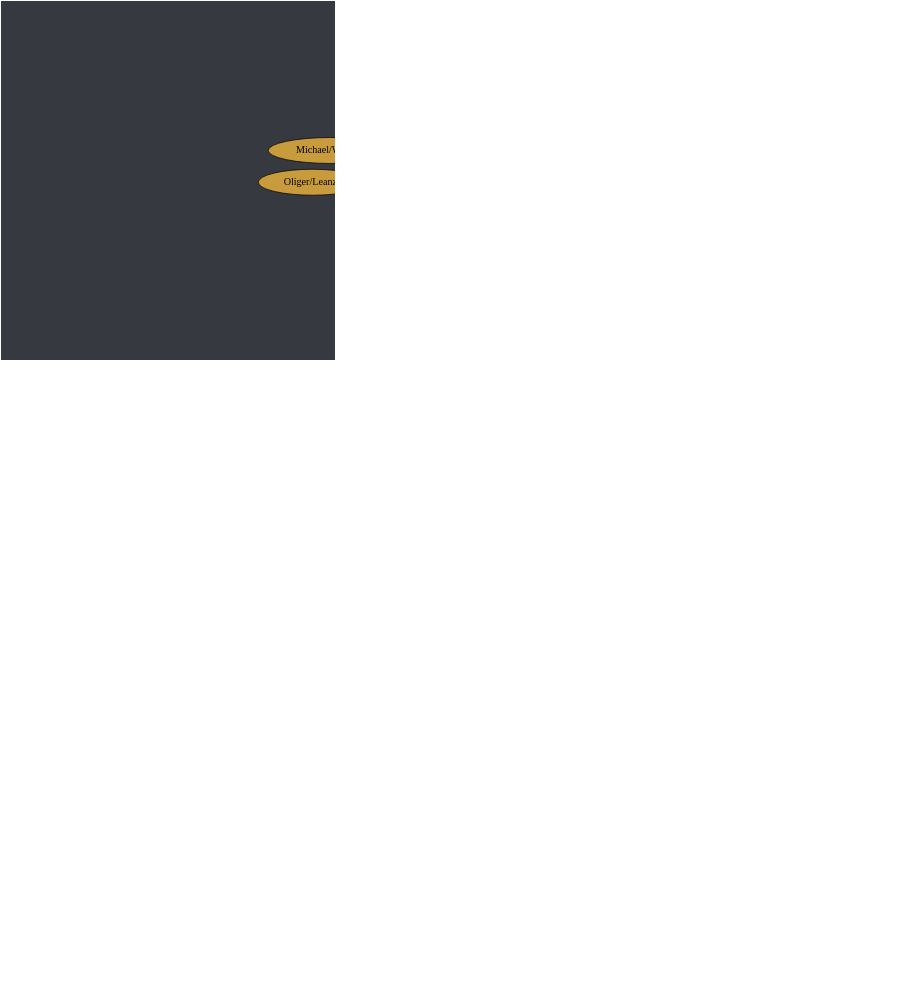
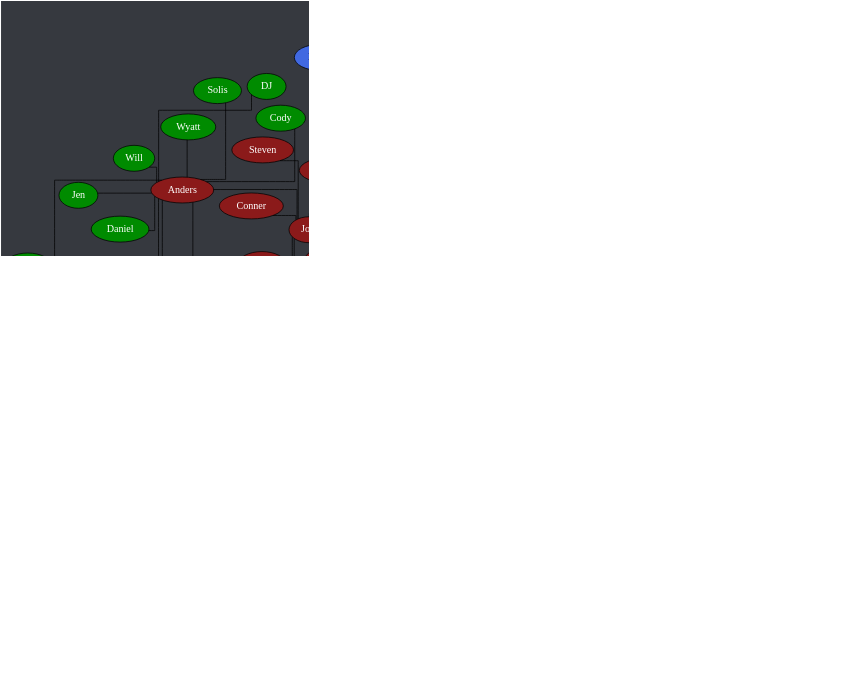
One commit to Documidas/CoronaCatzFamilyTree changed the diagram in tree.dot. Above: the diagram before and after it, drawn with Graphviz. The commit also changed 1 other file, not shown here.

Commit message:
Move Jonathan

```diff
--- a/tree.dot
+++ b/tree.dot
@@ -1,156 +1,156 @@
 strict graph {
 	// Layout Configuration
 	layout = neato;
 	dpi = 200;
 	epsilon = 0.01;
 	mode = major;
 	model = subset;
 	overlap = false;
 	splines = ortho;
 	start = rand;
 
 	// Visual Configuration
 	graph [ truecolor=true bgcolor="#36393f" ];
 	node [ style=filled fillcolor="gray" fontcolor="black" ];
 
 	subgraph "Joel" {
 		node [ style=filled fillcolor="firebrick4" fontcolor="white" ];
 		// Joel [ style=filled fillcolor="gold" fontcolor="black" ];
 
+		Cayla -- Jonathan;
 		Cayla -- Kate;
 		Cayla -- Ranger;
 		Joel -- Anders;
 		Joel -- Cayla;
 		Joel -- Conner;
 		Joel -- Jared;
 		Joel -- Kat;
 		Joel -- Patrick;
 		Joel -- Steven;
 		Joel -- Zach;
 	}
 
 	subgraph "Anders" {
 		node [ style=filled fillcolor="green4" fontcolor="white" ];
 		// Anders [ style=filled fillcolor="green4" fontcolor="white" ];
 
 		Anders -- Chiara;
 		Anders -- Cody;
 		Anders -- Daniel;
 		Anders -- "Derek/Yaupon";
 		Anders -- DJ;
 		Anders -- Hahnur;
 		Anders -- Jen;
-		Anders -- Jonathan;
 		Anders -- Matt;
 		Anders -- Solis;
 		Anders -- Will;
 		Anders -- Wyatt;
 	}
 
 	subgraph "Jared" {
 		node [ style=filled fillcolor="royalblue" fontcolor="black" ];
 		// Jared [ style=filled fillcolor="royalblue" fontcolor="black" ];
 
 		Andrew -- Hannah;
 		Dave -- Everett;
 		Donnie -- Bryan;
 		Donnie -- Michael;
 		Greg -- Ali;
 		Greg -- Andrew;
 		Hannah -- Logan;
 		Isaiah -- "Jack.2";
 		Jared -- Brandi;
 		Jared -- Dave;
 		Jared -- Donnie;
 		Jared -- Fabi;
 		Jared -- Greg;
 		Jared -- Isabelle;
 		Jared -- Mason;
 		Jared -- Nam;
 		Jared -- Rin;
 		Jared -- Spencer;
 		Jared -- Tyler;
 		Jared -- "Zach/Laniakea";
 		Jared -- "Zöe";
 		Logan -- Raana;
 		Michael -- Troy;
 		Rin -- Isaiah;
 		Tyler -- America;
 		Tyler -- Gaby;
 		Troy -- Drake;
 		Troy -- Klein;
 	}
 
 	subgraph "Zach/Laniakea" {
 		node [ style=filled fillcolor="#4eff2c" fontcolor="black" ];
 		// "Zach/Laniakea" [ style=filled fillcolor="#4eff2c" fontcolor="black" ];
 
 		"Caio.2" -- "Kyle.1";
 		"Caio.2" -- Lucas;
 		"Zach/Laniakea" -- Allen;
 		"Zach/Laniakea" -- "Caio.2";
 		"Zach/Laniakea" -- Colin;
 		"Zach/Laniakea" -- John;
 		"Zach/Laniakea" -- "Kyle.0";
 		"Zach/Laniakea" -- Mike;
 		"Zach/Laniakea" -- Ryan;
 	}
 
 	subgraph "John" {
 		node [ style=filled fillcolor="#c89b3c" fontcolor="black" ];
 		// John [ style=filled fillcolor="#c89b3c" fontcolor="black" ];
 
 		Haber -- "Derek/Nomad";
 		John -- Anna;
 		John -- Emily;
 		John -- Haber;
 		John -- Jay;
 		John -- Jack;
 		John -- Lara;
 		John -- Monarch;
 		John -- "Oliger/Leanza";
 		John -- Thomas;
 	}
 
 	subgraph "John-stream" {
 		// node [ style=filled fillcolor="#9147ff" fontcolor="black" ];
 		node [ style=filled fillcolor="#c89b3c" fontcolor="black" ];
 
 		John -- Izzy;
 		John -- "Michael/Wheezy";
 		John -- Robby;
 	}
 
 	subgraph "Thomas" {
 		node [ style=filled fillcolor="#b04900" fontcolor="black" ];
 		// Thomas [ style=filled fillcolor="#b04900" fontcolor="black" ];
 
 		Thomas -- Alex;
 		Thomas -- JD;
 		Thomas -- Josh;
 		Thomas -- Juan;
 		Thomas -- Taylor;
 		Thomas -- Tony;
 		Thomas -- Travis;
 	}
 
 	subgraph "Alex" {
 		node [ style=filled fillcolor="#6f2da8" fontcolor="white" ];
 		// Alex [ style=filled fillcolor="#6f2da8" fontcolor="black" ];
 
 		Alex -- "Alex/Blitt";
 		Alex -- "Da'Von";
 		Alex -- Sam;
 		"Alex/Blitt" -- Alan;
 		"Alex/Blitt" -- "Alex the 3rd";
 		"Alex/Blitt" -- Carlos;
 		"Alex/Blitt" -- Gabe;
 		"Alex/Blitt" -- "Kyle.3";
 		"Alex/Blitt" -- "Josh/Perfectly";
 		"Da'Von" -- Dalton;
 		"Da'Von" -- Kuri;
 		"Da'Von" -- Zellar;
 		Dalton -- Graysen;
 		Kuri -- Drew;
 	}
 }
```
